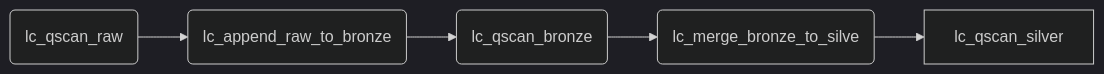
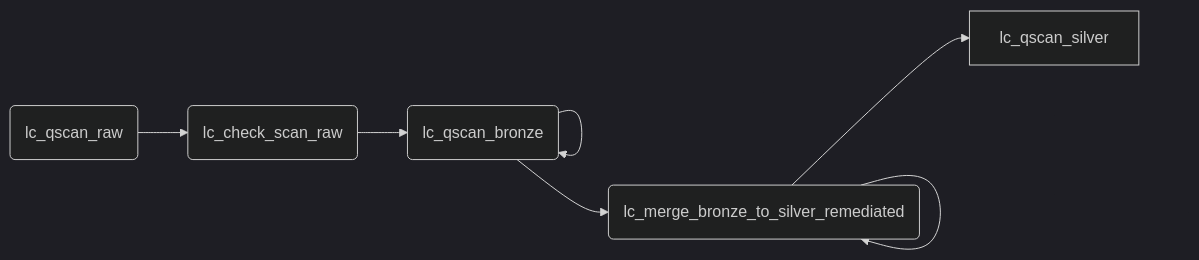
The diagram in airflow-medallion/README.md (pete-qualytics/qualytics-examples), drawn with Mermaid (dark theme) before and after one commit. The commit also changed other lines of this file, not shown here.

````diff
--- a/airflow-medallion/README.md
+++ b/airflow-medallion/README.md
@@ -13,4 +14,4 @@
 ```mermaid
 graph LR
-A(lc_qscan_raw) --> B(lc_append_raw_to_bronze) --> C(lc_qscan_bronze) --> D(lc_merge_bronze_to_silve)  --> E[lc_qscan_silver]
+A(lc_qscan_raw) --> B(lc_check_scan_raw) --> C(lc_append_raw_to_bronze) --> C(lc_qscan_bronze) --> E(lc_merge_bronze_to_silver)  --> E(lc_merge_bronze_to_silver_remediated)  --> G[lc_qscan_silver]
 ```
````
